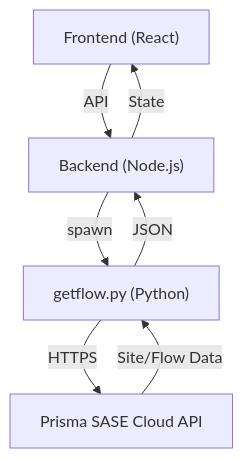
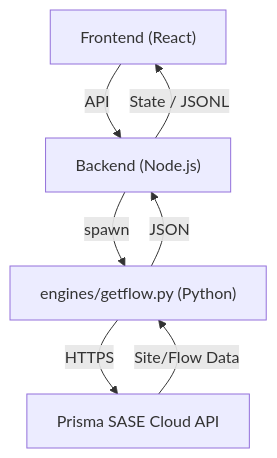
One commit to jsuzanne/sdwan-traffic-generator-web changed the first of 2 diagrams in docs/PRISMA-SDWAN_INTEGRATION.md. Above: the diagram before and after it, drawn with Mermaid. The commit also changed other lines of this file, not shown here.

````diff
--- a/docs/PRISMA-SDWAN_INTEGRATION.md
+++ b/docs/PRISMA-SDWAN_INTEGRATION.md
@@ -46,9 +45,9 @@
 ```mermaid
 graph TD
     A["Frontend (React)"] -->|API| B["Backend (Node.js)"]
-    B -->|spawn| C["getflow.py (Python)"]
+    B -->|spawn| C["engines/getflow.py (Python)"]
     C -->|HTTPS| D["Prisma SASE Cloud API"]
     D -->|Site/Flow Data| C
     C -->|JSON| B
-    B -->|State| A
+    B -->|State / JSONL| A
 ```
````
